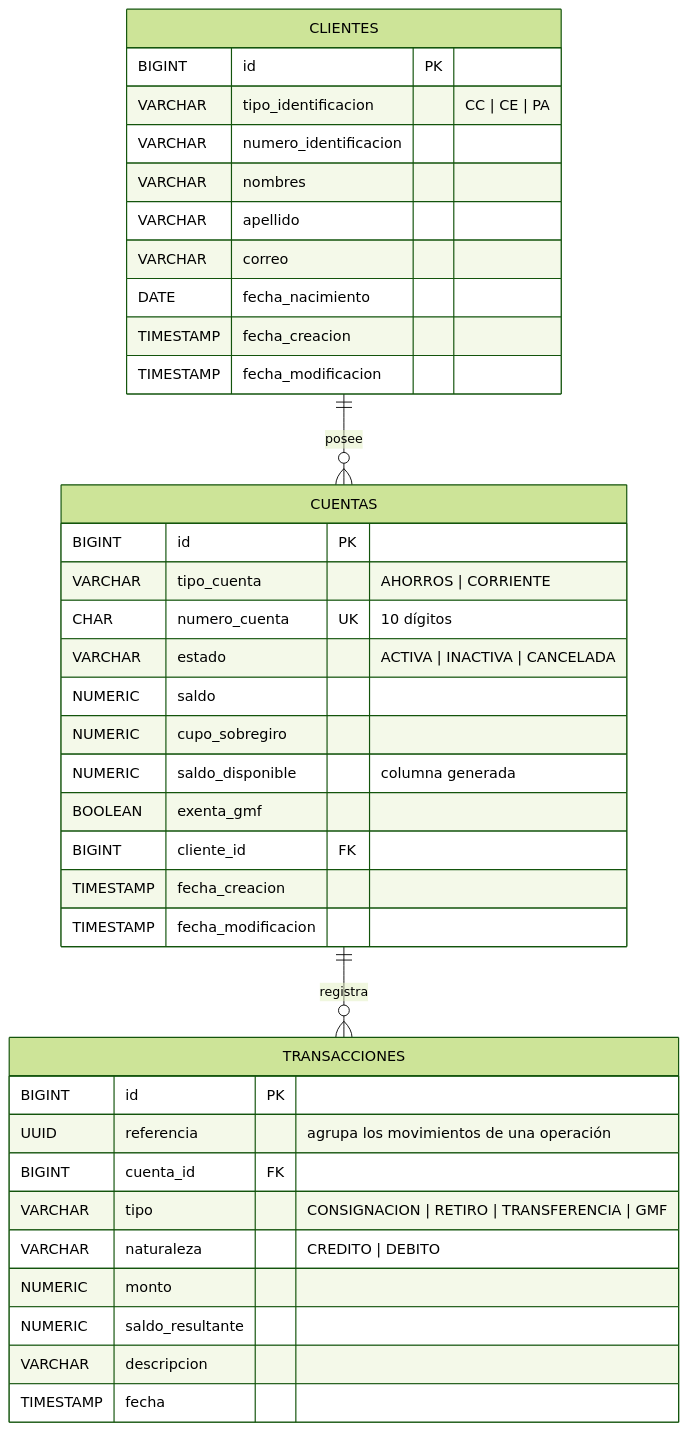
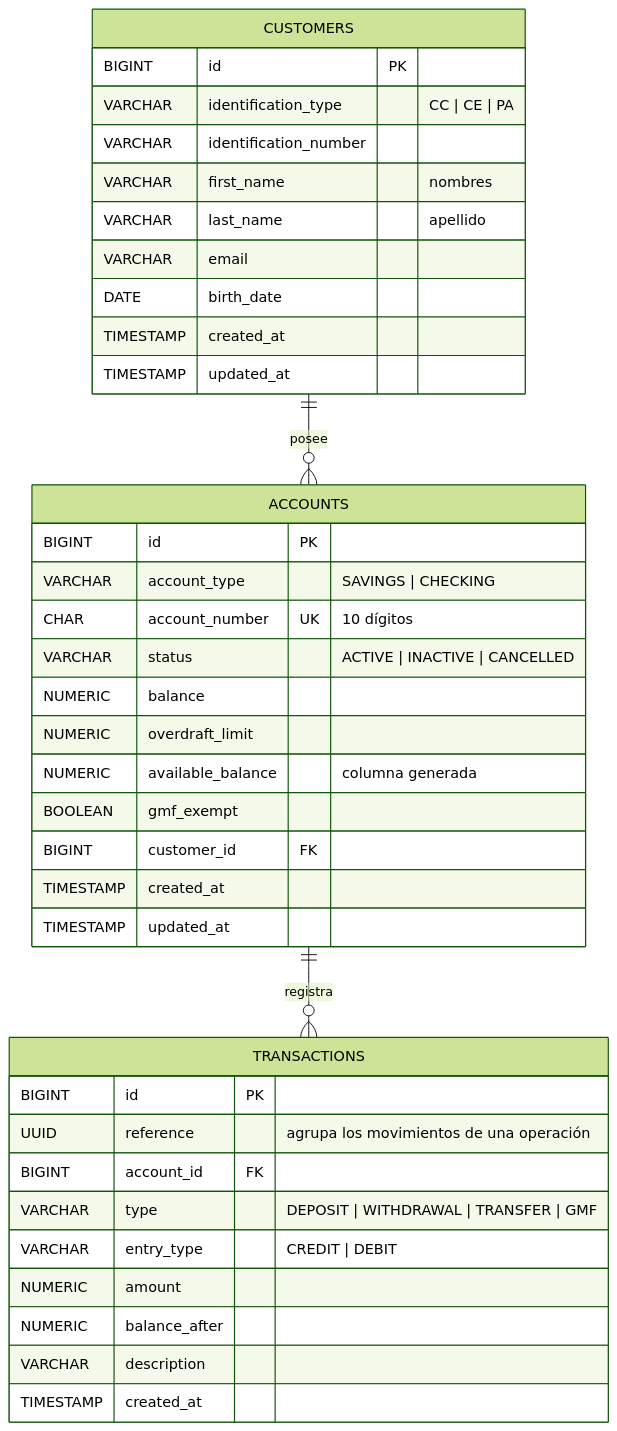
Before and after one commit to Sofialjure/prueba-tecnica-entidad-financiera: the diagram in docs/03-modelo-datos.md, drawn with Mermaid (forest theme). The commit also changed other lines of this file and 8 other files, not shown here.

````diff
--- a/docs/03-modelo-datos.md
+++ b/docs/03-modelo-datos.md
@@ -5,43 +5,43 @@
 ```mermaid
 erDiagram
-    CLIENTES ||--o{ CUENTAS : "posee"
-    CUENTAS ||--o{ TRANSACCIONES : "registra"
+    CUSTOMERS ||--o{ ACCOUNTS : "posee"
+    ACCOUNTS ||--o{ TRANSACTIONS : "registra"
 
-    CLIENTES {
+    CUSTOMERS {
         BIGINT id PK
-        VARCHAR tipo_identificacion "CC | CE | PA"
-        VARCHAR numero_identificacion
-        VARCHAR nombres
-        VARCHAR apellido
-        VARCHAR correo
-        DATE fecha_nacimiento
-        TIMESTAMP fecha_creacion
-        TIMESTAMP fecha_modificacion
+        VARCHAR identification_type "CC | CE | PA"
+        VARCHAR identification_number
+        VARCHAR first_name "nombres"
+        VARCHAR last_name "apellido"
+        VARCHAR email
+        DATE birth_date
+        TIMESTAMP created_at
+        TIMESTAMP updated_at
     }
 
-    CUENTAS {
+    ACCOUNTS {
         BIGINT id PK
-        VARCHAR tipo_cuenta "AHORROS | CORRIENTE"
-        CHAR numero_cuenta UK "10 dígitos"
-        VARCHAR estado "ACTIVA | INACTIVA | CANCELADA"
-        NUMERIC saldo
-        NUMERIC cupo_sobregiro
-        NUMERIC saldo_disponible "columna generada"
-        BOOLEAN exenta_gmf
-        BIGINT cliente_id FK
-        TIMESTAMP fecha_creacion
-        TIMESTAMP fecha_modificacion
+        VARCHAR account_type "SAVINGS | CHECKING"
+        CHAR account_number UK "10 dígitos"
+        VARCHAR status "ACTIVE | INACTIVE | CANCELLED"
+        NUMERIC balance
+        NUMERIC overdraft_limit
+        NUMERIC available_balance "columna generada"
+        BOOLEAN gmf_exempt
+        BIGINT customer_id FK
+        TIMESTAMP created_at
+        TIMESTAMP updated_at
     }
 
-    TRANSACCIONES {
+    TRANSACTIONS {
         BIGINT id PK
-        UUID referencia "agrupa los movimientos de una operación"
-        BIGINT cuenta_id FK
-        VARCHAR tipo "CONSIGNACION | RETIRO | TRANSFERENCIA | GMF"
-        VARCHAR naturaleza "CREDITO | DEBITO"
-        NUMERIC monto
-        NUMERIC saldo_resultante
-        VARCHAR descripcion
-        TIMESTAMP fecha
+        UUID reference "agrupa los movimientos de una operación"
+        BIGINT account_id FK
+        VARCHAR type "DEPOSIT | WITHDRAWAL | TRANSFER | GMF"
+        VARCHAR entry_type "CREDIT | DEBIT"
+        NUMERIC amount
+        NUMERIC balance_after
+        VARCHAR description
+        TIMESTAMP created_at
     }
 ```
````
